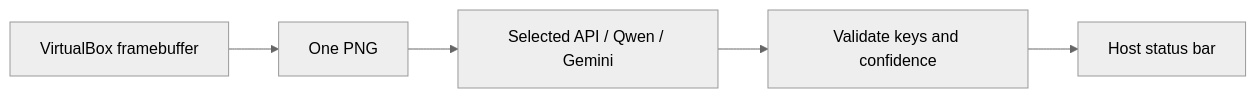
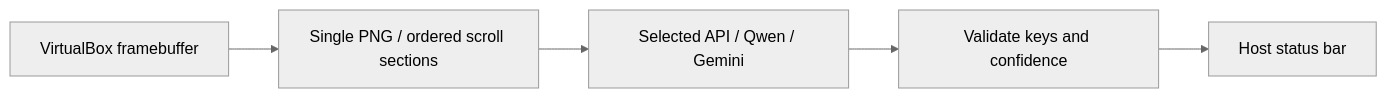
One commit to felliot789/Seth changed the diagram in CONTRIBUTING.md. Above: the diagram before and after it, drawn with Mermaid (neutral theme). The commit also changed other lines of this file and 20 other files, not shown here.

First line of the commit message:
Add automatic scroll capture with ordered image batches

````diff
--- a/CONTRIBUTING.md
+++ b/CONTRIBUTING.md
@@ -8,7 +9,7 @@
 ```mermaid
 flowchart LR
-    VM[VirtualBox framebuffer] --> Capture[One PNG]
+    VM[VirtualBox framebuffer] --> Capture[Single PNG / ordered scroll sections]
     Capture --> Provider[Selected API / Qwen / Gemini]
     Provider --> Parse[Validate keys and confidence]
     Parse --> Status[Host status bar]
 ```
````
